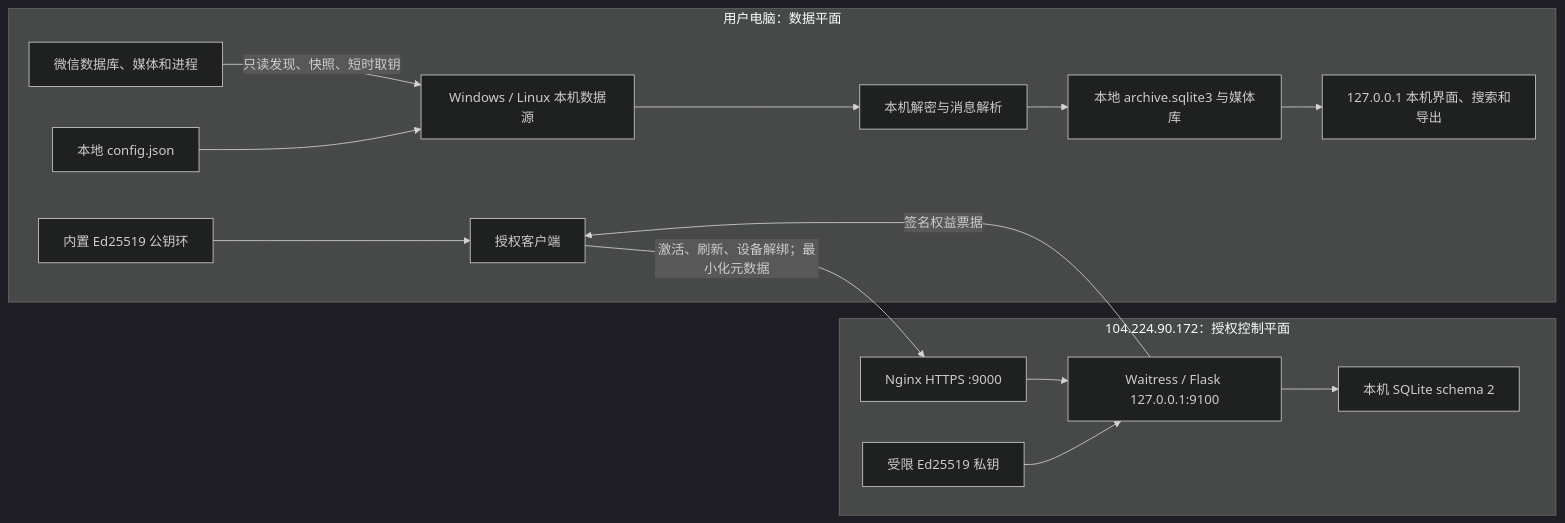
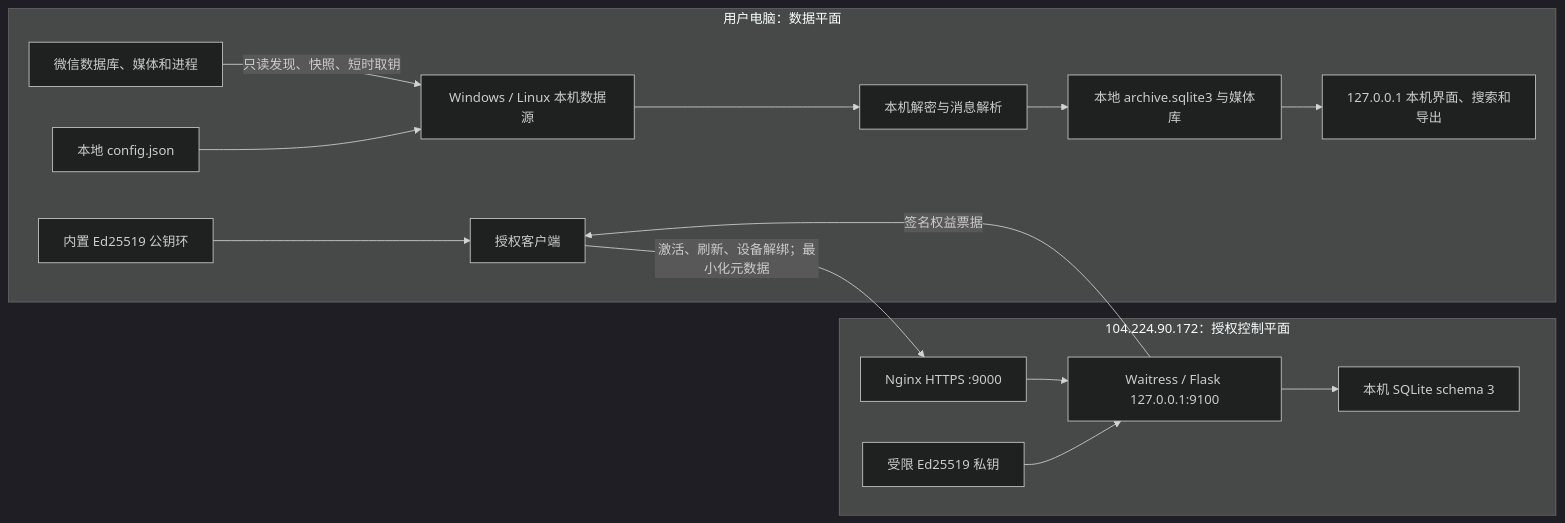
One commit to gladlyknow/WeChatMemory-LicenseServer changed the diagram in docs/DOCUMENTATION_POLICY.md. Above: the diagram before and after it, drawn with Mermaid (dark theme). The commit also changed other lines of this file and 55 other files, not shown here.

````diff
--- a/docs/DOCUMENTATION_POLICY.md
+++ b/docs/DOCUMENTATION_POLICY.md
@@ -32,20 +34,20 @@
 ```mermaid
 flowchart LR
     subgraph PC["用户电脑：数据平面"]
         WX["微信数据库、媒体和进程"] -->|"只读发现、快照、短时取钥"| SRC["Windows / Linux 本机数据源"]
         SRC --> DEC["本机解密与消息解析"]
         DEC --> ARC["本地 archive.sqlite3 与媒体库"]
         ARC --> UI["127.0.0.1 本机界面、搜索和导出"]
         CFG["本地 config.json"] --> SRC
         TRUST["内置 Ed25519 公钥环"] --> LIC["授权客户端"]
     end
 
     subgraph CLOUD["104.224.90.172：授权控制平面"]
         NGINX["Nginx HTTPS :9000"] --> API["Waitress / Flask 127.0.0.1:9100"]
-        API --> DB["本机 SQLite schema 2"]
+        API --> DB["本机 SQLite schema 3"]
         KEY["受限 Ed25519 私钥"] --> API
     end
 
     LIC -->|"激活、刷新、设备解绑；最小化元数据"| NGINX
     API -->|"签名权益票据"| LIC
 ```
````
